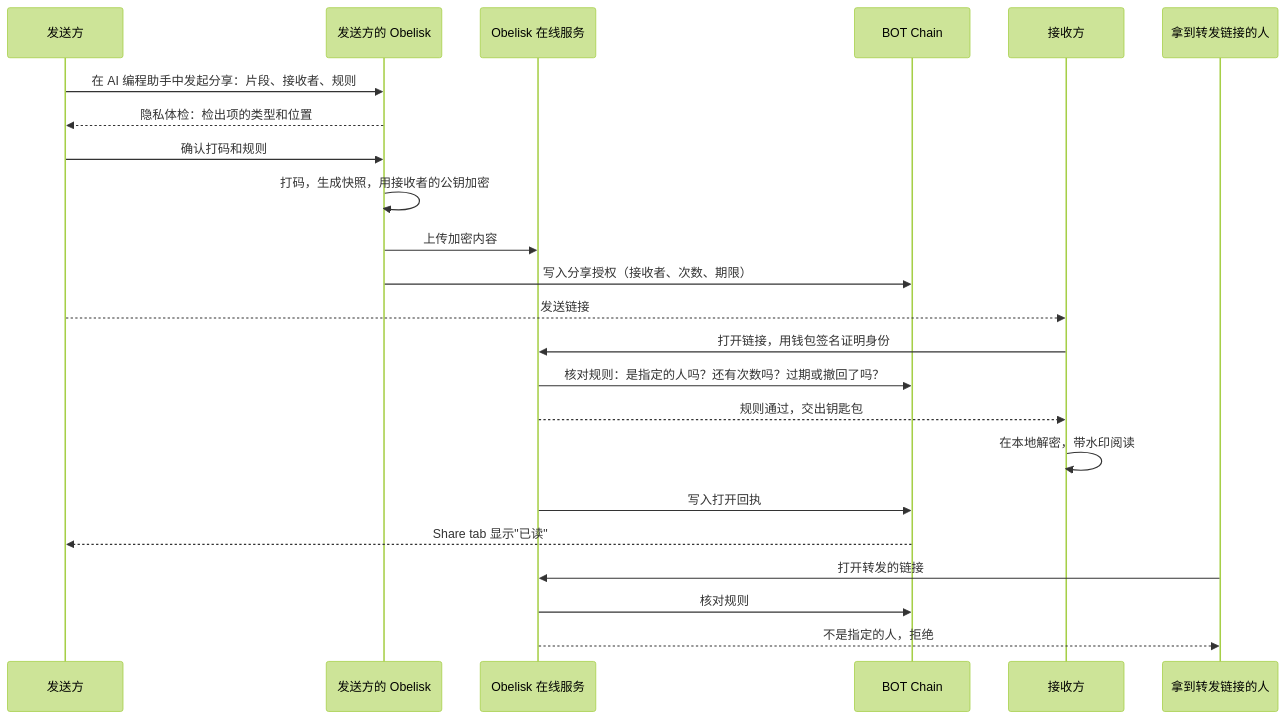
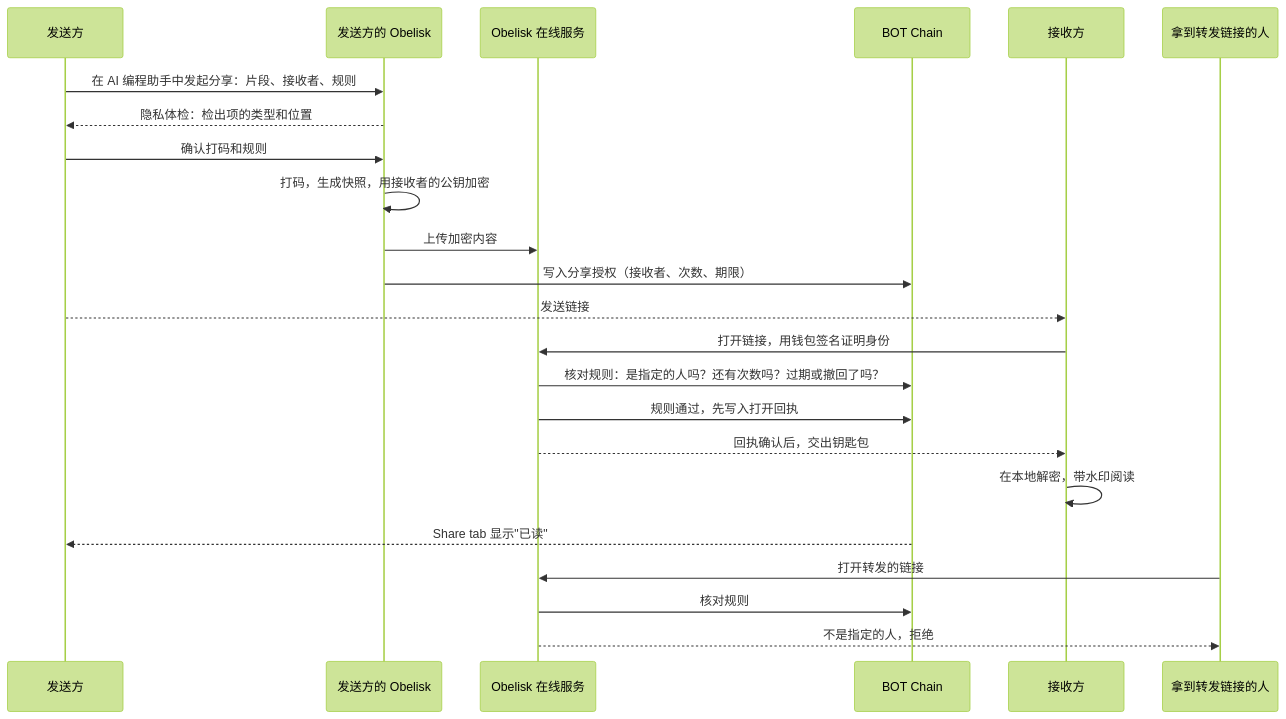
Before and after one commit to KinomotoMio/obelisk-hackathon: the diagram in docs/vision/02-private-sharing.md, drawn with Mermaid (forest theme). The commit also changed other lines of this file, not shown here.

Commit message:
docs(vision): write the open receipt before releasing the key package
The open limit only holds if the receipt is on chain before the key
package leaves the service, so the service records the receipt first and
releases the key once it confirms. Revoking a share also deletes the
stored ciphertext.

````diff
--- a/docs/vision/02-private-sharing.md
+++ b/docs/vision/02-private-sharing.md
@@ -41,25 +41,25 @@
 ```mermaid
 sequenceDiagram
   participant A as 发送方
   participant L as 发送方的 Obelisk
   participant S as Obelisk 在线服务
   participant C as BOT Chain
   participant B as 接收方
   participant X as 拿到转发链接的人
   A->>L: 在 AI 编程助手中发起分享：片段、接收者、规则
   L-->>A: 隐私体检：检出项的类型和位置
   A->>L: 确认打码和规则
   L->>L: 打码，生成快照，用接收者的公钥加密
   L->>S: 上传加密内容
   L->>C: 写入分享授权（接收者、次数、期限）
   A-->>B: 发送链接
   B->>S: 打开链接，用钱包签名证明身份
   S->>C: 核对规则：是指定的人吗？还有次数吗？过期或撤回了吗？
-  S-->>B: 规则通过，交出钥匙包
+  S->>C: 规则通过，先写入打开回执
+  S-->>B: 回执确认后，交出钥匙包
   B->>B: 在本地解密，带水印阅读
-  S->>C: 写入打开回执
   C-->>A: Share tab 显示"已读"
   X->>S: 打开转发的链接
   S->>C: 核对规则
   S-->>X: 不是指定的人，拒绝
 ```
````
